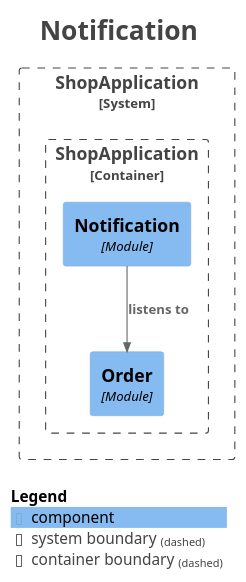
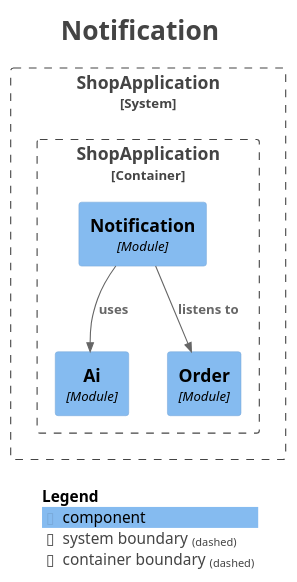
Before and after one commit to Datiacode-Tech/spring-modulith-shop: the diagram in docs/modules/module-notification.puml, drawn with PlantUML. The commit also changed 33 other files, not shown here.

```diff
--- a/docs/modules/module-notification.puml
+++ b/docs/modules/module-notification.puml
@@ -1,30 +1,32 @@
 @startuml
 title <size:24>Notification</size>
 
 set separator none
 top to bottom direction
 
 <style>
   root {
     BackgroundColor: #ffffff
     FontColor: #444444
   }
 </style>
 
 !include <C4/C4>
 !include <C4/C4_Context>
 !include <C4/C4_Component>
 
 System_Boundary("ShopApplication_boundary", "ShopApplication", $tags="") {
   Container_Boundary("ShopApplication.ShopApplication_boundary", "ShopApplication", $tags="") {
+    Component(ShopApplication.ShopApplication.Ai, "Ai", $techn="Module", $descr="", $tags="", $link="")
     Component(ShopApplication.ShopApplication.Order, "Order", $techn="Module", $descr="", $tags="", $link="")
     Component(ShopApplication.ShopApplication.Notification, "Notification", $techn="Module", $descr="", $tags="", $link="")
   }
 
 }
 
+Rel(ShopApplication.ShopApplication.Notification, ShopApplication.ShopApplication.Ai, "uses", $techn="", $tags="", $link="")
 Rel(ShopApplication.ShopApplication.Notification, ShopApplication.ShopApplication.Order, "listens to", $techn="", $tags="", $link="")
 
 SHOW_LEGEND(true)
 hide stereotypes
 @enduml
```
